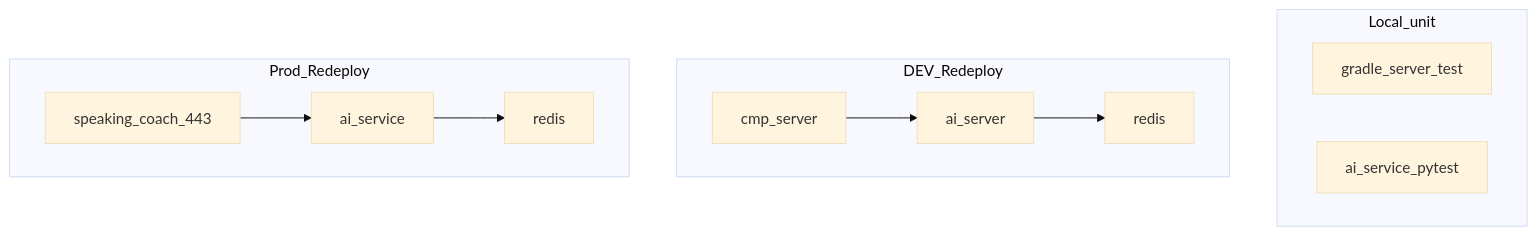
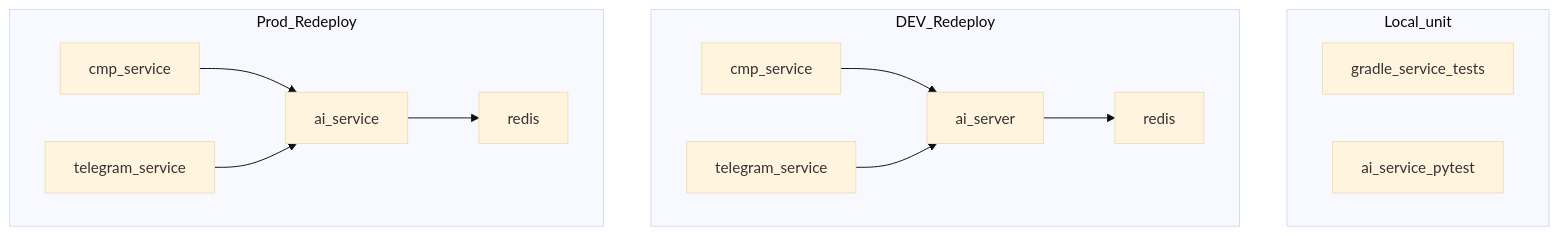
The fourth of 4 diagrams in ai_docs/architecture.md (greenblat17/1billion-dollar-startup), drawn with Mermaid (base theme) before and after one commit. The commit also changed other lines of this file and 39 other files, not shown here.

Commit message:
Give telegram-service and cmp-service their own processes and point DEV deploys at service-named secrets.

````diff
--- a/ai_docs/architecture.md
+++ b/ai_docs/architecture.md
@@ -117,21 +118,27 @@
 ```mermaid
 flowchart TB
   subgraph local [Local_unit]
-    gradle[gradle_server_test]
+    gradle[gradle_service_tests]
     pytest[ai_service_pytest]
   end
 
   subgraph dev [DEV_Redeploy]
-    ktorDev[cmp_server]
+    cmpDev[cmp_service]
+    tgDev[telegram_service]
     aiDev[ai_server]
     redisDev[redis]
-    ktorDev --> aiDev --> redisDev
+    cmpDev --> aiDev
+    tgDev --> aiDev
+    aiDev --> redisDev
   end
 
   subgraph vps [Prod_Redeploy]
-    ktorProd[speaking_coach_443]
+    cmpProd[cmp_service]
+    tgProd[telegram_service]
     aiProd[ai_service]
     redisProd[redis]
-    ktorProd --> aiProd --> redisProd
+    cmpProd --> aiProd
+    tgProd --> aiProd
+    aiProd --> redisProd
   end
 ```
````
